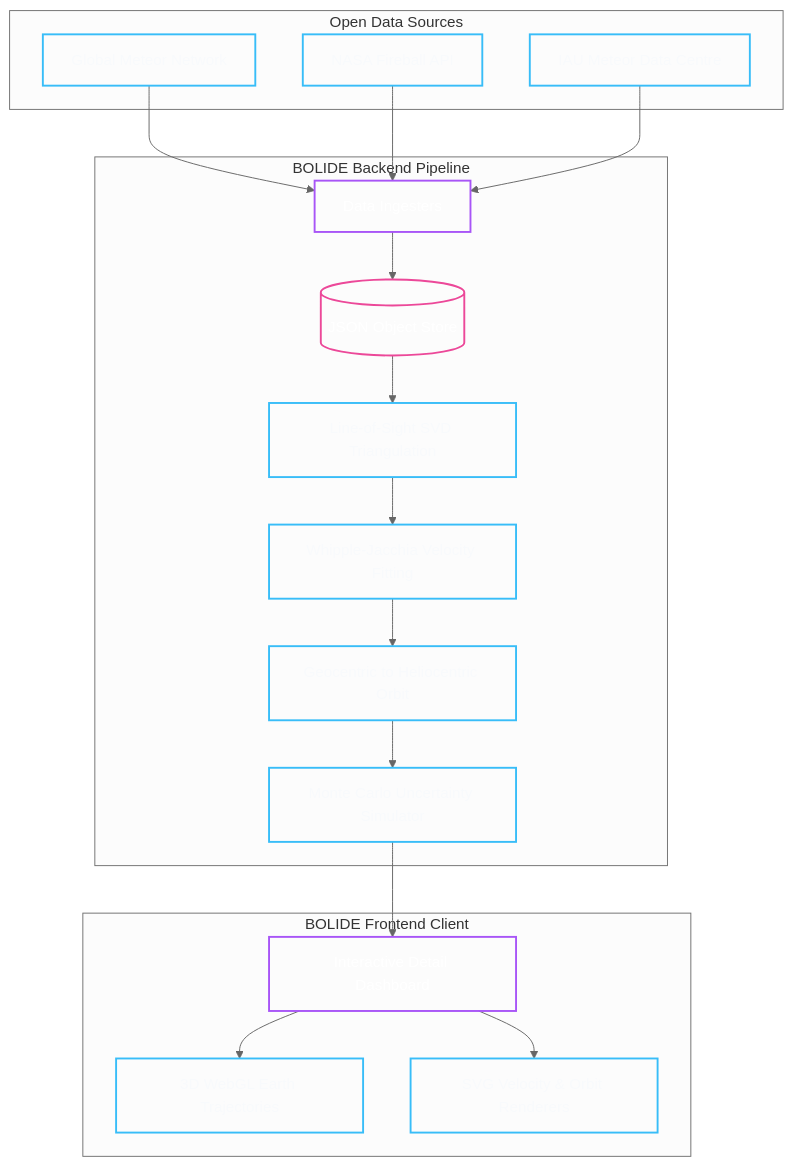
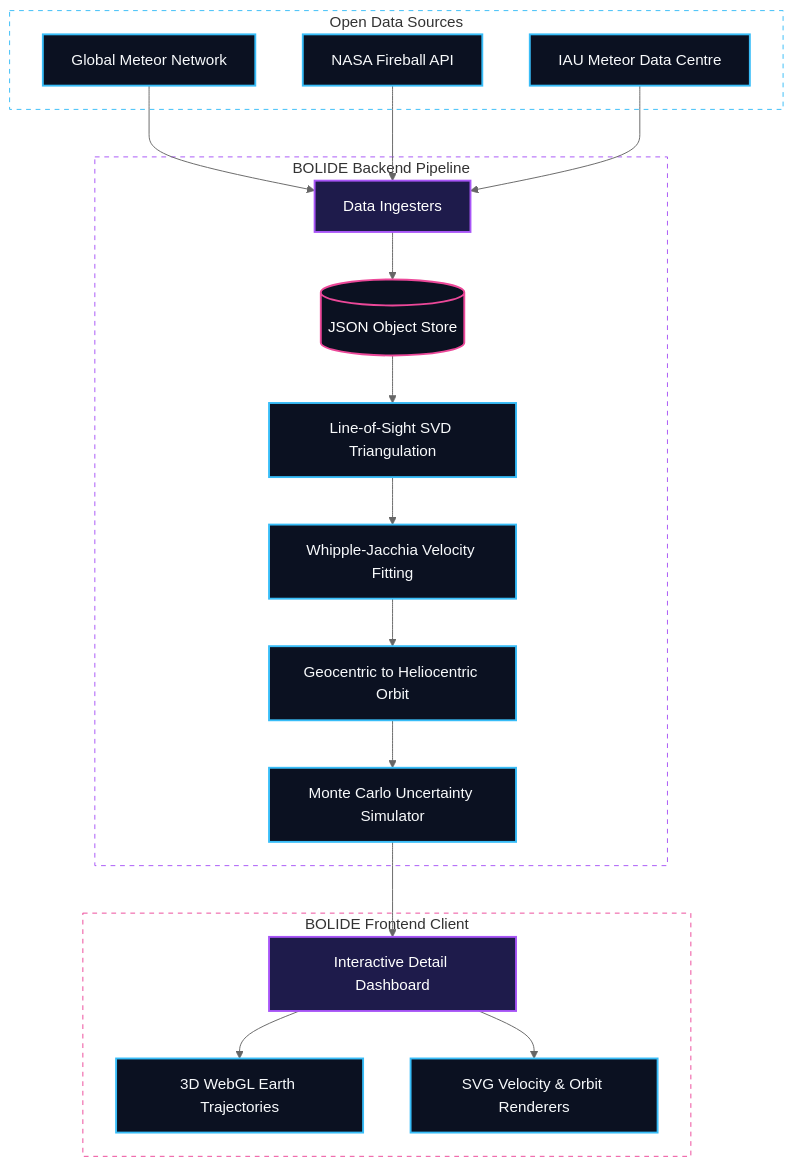
One commit to Ojasvvv/Astrothon changed the diagram in README.md. Above: the diagram before and after it, drawn with Mermaid (neutral theme).

````diff
--- a/README.md
+++ b/README.md
@@ -31,42 +31,45 @@
 ```mermaid
 graph TD
-    classDef default fill:transparent,stroke:#38bdf8,stroke-width:2px,color:#f8fafc;
-    classDef highlight fill:transparent,stroke:#a855f7,stroke-width:2px,color:#ffffff;
-    classDef store fill:transparent,stroke:#ec4899,stroke-width:2px,color:#ffffff;
+    classDef default fill:#0b1121,stroke:#38bdf8,stroke-width:2px,color:#f8fafc;
+    classDef highlight fill:#1e1b4b,stroke:#a855f7,stroke-width:2px,color:#ffffff;
+    classDef store fill:#0b1121,stroke:#ec4899,stroke-width:2px,color:#ffffff;
     
-    subgraph Open Data Sources
+    subgraph OpenData [Open Data Sources]
         GMN[Global Meteor Network]:::default
         NASA[NASA Fireball API]:::default
         IAU[IAU Meteor Data Centre]:::default
     end
+    style OpenData fill:transparent,stroke:#38bdf8,stroke-width:1px,stroke-dasharray: 5 5
 
-    subgraph BOLIDE Backend Pipeline
+    subgraph Backend [BOLIDE Backend Pipeline]
         Ingest[Data Ingesters]:::highlight
         Store[(JSON Object Store)]:::store
         
         Triangulate[Line-of-Sight SVD Triangulation]:::default
         Velocity[Whipple-Jacchia Velocity Fitting]:::default
         Orbit[Geocentric to Heliocentric Orbit]:::default
         MC[Monte Carlo Uncertainty Simulator]:::default
     end
+    style Backend fill:transparent,stroke:#a855f7,stroke-width:1px,stroke-dasharray: 5 5
 
-    subgraph BOLIDE Frontend Client
+    subgraph Frontend [BOLIDE Frontend Client]
         Dash[Interactive Detail Dashboard]:::highlight
         Map[3D WebGL Earth Trajectories]:::default
         Charts[SVG Velocity & Orbit Renderers]:::default
     end
+    style Frontend fill:transparent,stroke:#ec4899,stroke-width:1px,stroke-dasharray: 5 5
 
     GMN --> Ingest
     NASA --> Ingest
     IAU --> Ingest
 
     Ingest --> Store
     Store --> Triangulate
     Triangulate --> Velocity
     Velocity --> Orbit
     Orbit --> MC
     
     MC --> Dash
     Dash --> Map
     Dash --> Charts
 ```
````
